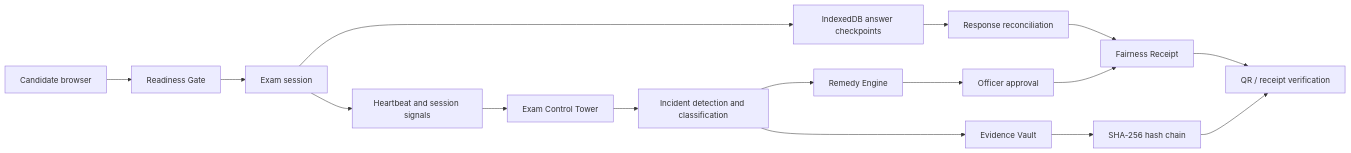
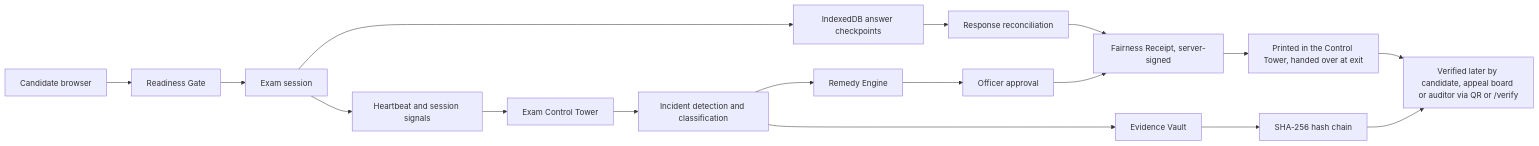
One commit to shaunmortal/online-assessment changed the first of 3 diagrams in README.md. Above: the diagram before and after it, drawn with Mermaid. The commit also changed other lines of this file and 3 other files, not shown here.

Commit message:
README: live Render link, receipt hand-over flow (printed at exit, QR for appeal board later), fix mermaid parse error and contributor layout; Control Tower: Print for candidate button on the Fairness Receipt

````diff
--- a/README.md
+++ b/README.md
@@ -64,18 +74,19 @@
 ```mermaid
 flowchart LR
     C[Candidate browser] --> G[Readiness Gate]
     G --> E[Exam session]
     E --> CP[IndexedDB answer checkpoints]
     E --> H[Heartbeat and session signals]
     H --> T[Exam Control Tower]
     T --> I[Incident detection and classification]
     I --> R[Remedy Engine]
     R --> O[Officer approval]
-    O --> F[Fairness Receipt]
-    F --> V[QR / receipt verification]
+    O --> F[Fairness Receipt, server-signed]
+    F --> PR[Printed in the Control Tower, handed over at exit]
+    PR --> V[Verified later by candidate, appeal board or auditor via QR or /verify]
     CP --> RC[Response reconciliation]
     RC --> F
     I --> EV[Evidence Vault]
     EV --> HC[SHA-256 hash chain]
     HC --> V
 ```
````
